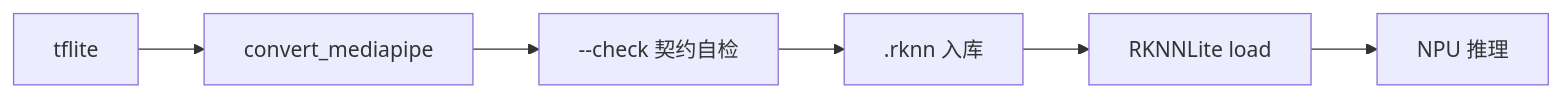
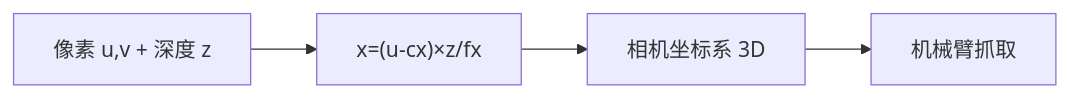
Before and after one commit to aibittek/course_generate_agent: the sixth of 7 diagrams in courses/sheet1/robot_vision/_parts/experiment-10.md, drawn with Mermaid. The commit also changed other lines of this file and 98 other files, not shown here.

````diff
--- a/courses/sheet1/robot_vision/_parts/experiment-10.md
+++ b/courses/sheet1/robot_vision/_parts/experiment-10.md
@@ -422,8 +386,6 @@
 ```mermaid
 graph LR
-    A[tflite] --> B[convert_mediapipe]
-    B --> C[--check 契约自检]
-    C --> D[.rknn 入库]
-    D --> E[RKNNLite load]
-    E --> F[NPU 推理]
+    A[像素 u,v + 深度 z] --> B["x=(u-cx)×z/fx"]
+    B --> C[相机坐标系 3D]
+    C --> D[机械臂抓取]
 ```
````
